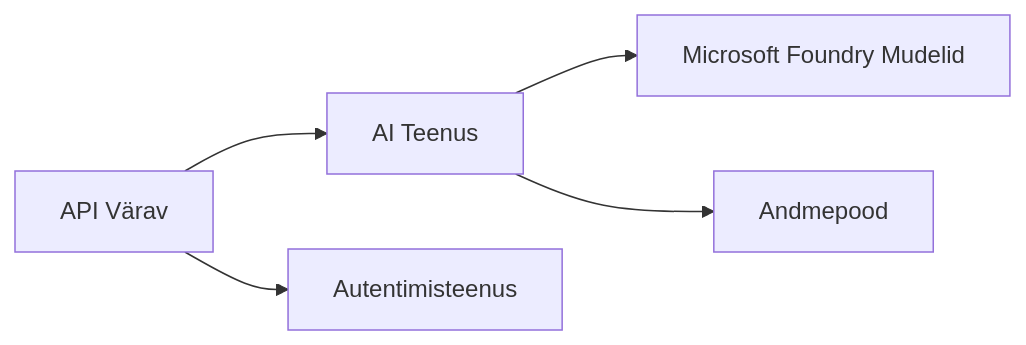
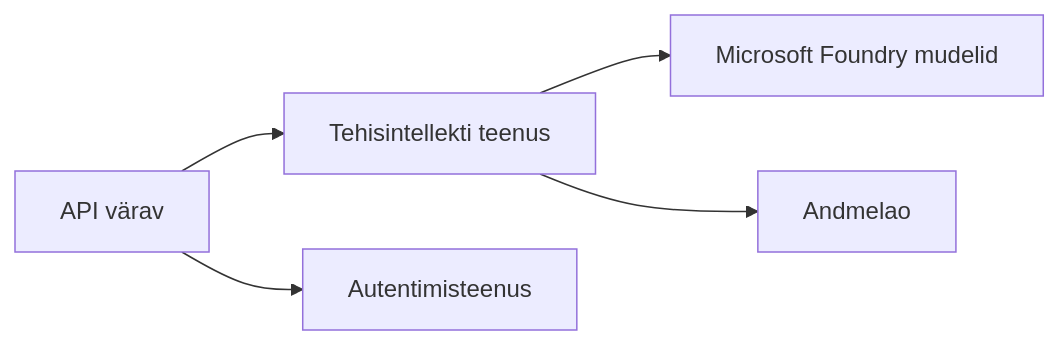
Before and after one commit to microsoft/AZD-for-beginners: the first of 2 diagrams in translations/et/docs/chapter-08-production/README.md, drawn with Mermaid. The commit also changed other lines of this file and 61 other files, not shown here.

````diff
--- a/translations/et/docs/chapter-08-production/README.md
+++ b/translations/et/docs/chapter-08-production/README.md
@@ -48,6 +48,6 @@
 ```mermaid
 graph LR
-    Gateway[API Värav] --> AI[AI Teenus] --> Models[Microsoft Foundry Mudelid]
+    Gateway[API värav] --> AI[Tehisintellekti teenus] --> Models[Microsoft Foundry mudelid]
     Gateway --> Auth[Autentimisteenus]
-    AI --> Data[Andmepood]
+    AI --> Data[Andmelao]
 ```
````
